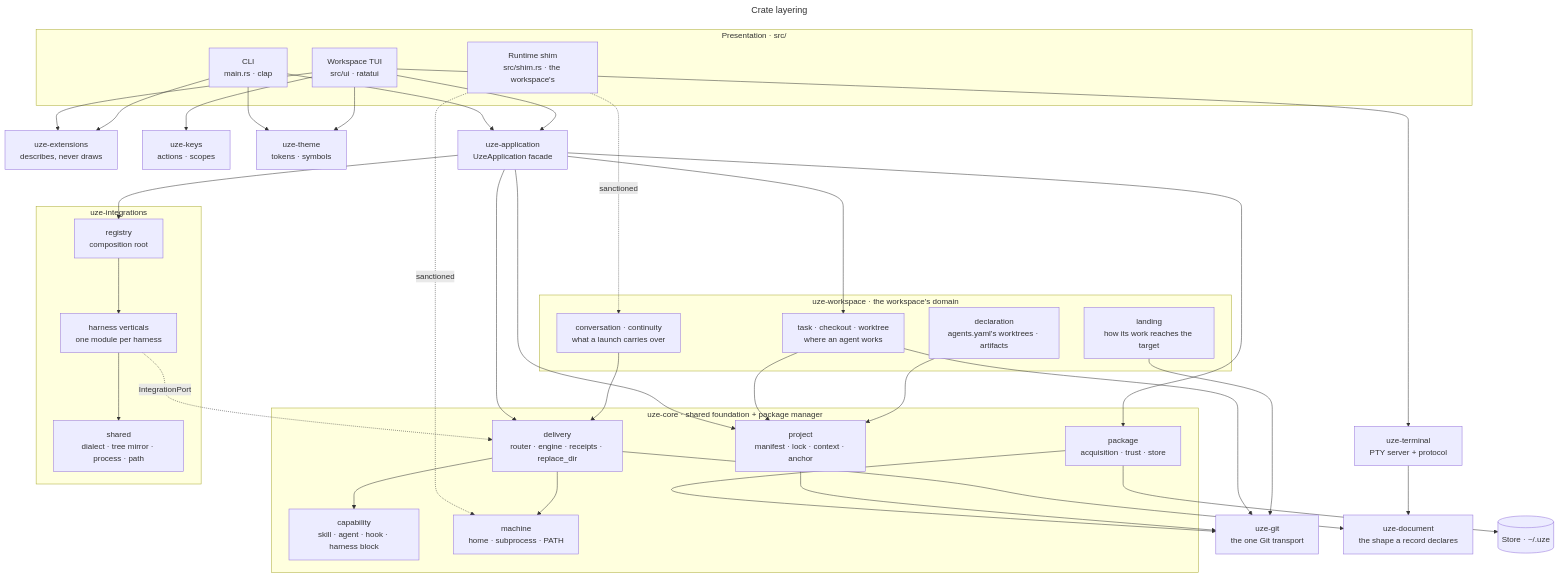
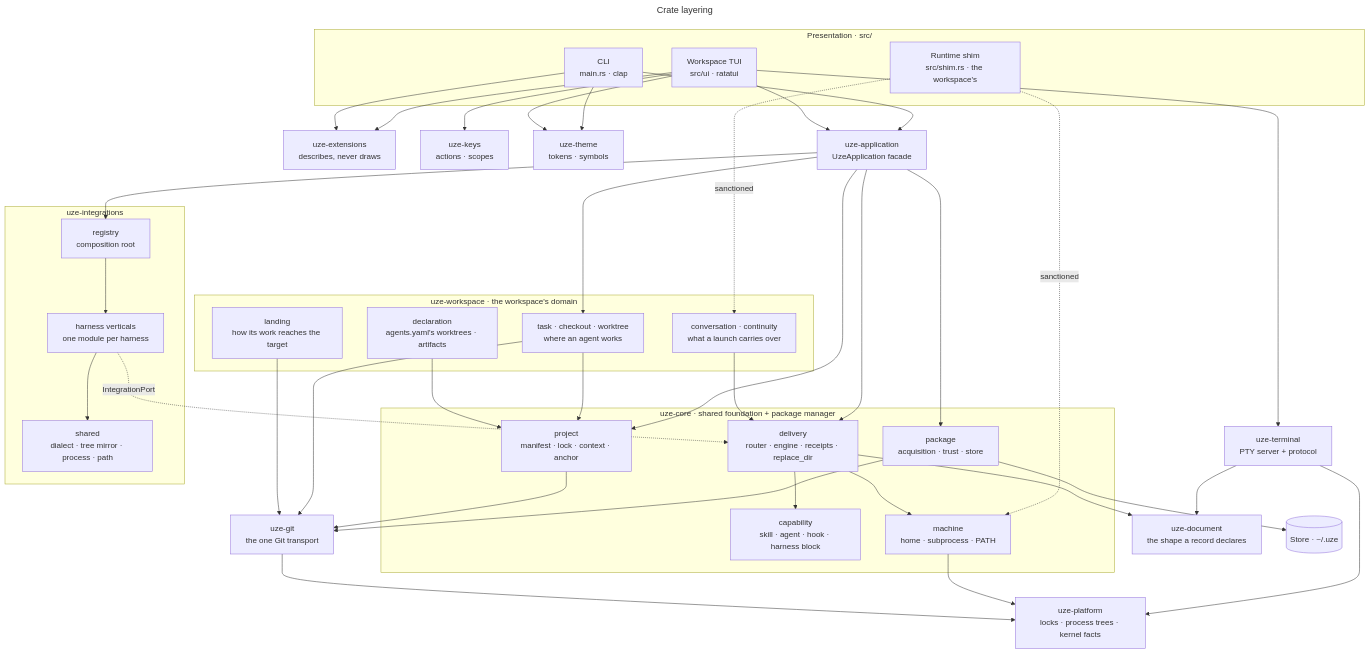
Before and after one commit to uze-sh/uze: the diagram in docs/architecture/crate-layering.mmd, drawn with Mermaid. The commit also changed 338 other files, not shown here.

```diff
--- a/docs/architecture/crate-layering.mmd
+++ b/docs/architecture/crate-layering.mmd
@@ -1,66 +1,70 @@
 ---
 title: Crate layering
 ---
 flowchart TD
   subgraph presentation [Presentation · src/]
     cli[CLI<br/>main.rs · clap]
     tui[Workspace TUI<br/>src/ui · ratatui]
     shim[Runtime shim<br/>src/shim.rs · the workspace's]
   end
   ext[uze-extensions<br/>describes, never draws]
   keys[uze-keys<br/>actions · scopes]
   theme[uze-theme<br/>tokens · symbols]
   terminal[uze-terminal<br/>PTY server + protocol]
   app[uze-application<br/>UzeApplication facade]
   subgraph ws [uze-workspace · the workspace's domain]
     tasks[task · checkout · worktree<br/>where an agent works]
     landing[landing<br/>how its work reaches the target]
     conversation[conversation · continuity<br/>what a launch carries over]
     declaration[declaration<br/>agents.yaml's worktrees · artifacts]
   end
   subgraph core [uze-core · shared foundation + package manager]
     package[package<br/>acquisition · trust · store]
     capability[capability<br/>skill · agent · hook · harness block]
     delivery[delivery<br/>router · engine · receipts · replace_dir]
     project[project<br/>manifest · lock · context · anchor]
     machine[machine<br/>home · subprocess · PATH]
   end
   subgraph integrations [uze-integrations]
     registry[registry<br/>composition root]
     verticals[harness verticals<br/>one module per harness]
     shared[shared<br/>dialect · tree mirror · process · path]
   end
   git[uze-git<br/>the one Git transport]
   document[uze-document<br/>the shape a record declares]
+  process[uze-platform<br/>locks · process trees · kernel facts]
   store[(Store · ~/.uze)]
 
   cli --> app
   tui --> app
   tui --> ext
   cli --> ext
   tui --> keys
   tui --> terminal
   cli --> theme
   tui --> theme
   shim -.->|sanctioned| machine
   app --> package
   app --> delivery
   app --> project
   app --> registry
   app --> tasks
   tasks --> project
   tasks --> git
   landing --> git
   declaration --> project
   conversation --> delivery
   shim -.->|sanctioned| conversation
   registry --> verticals
   verticals --> shared
   verticals -.->|IntegrationPort| delivery
   delivery --> capability
   delivery --> machine
   package --> git
   project --> git
   package --> store
   delivery --> document
   terminal --> document
+  terminal --> process
+  machine --> process
+  git --> process
```
